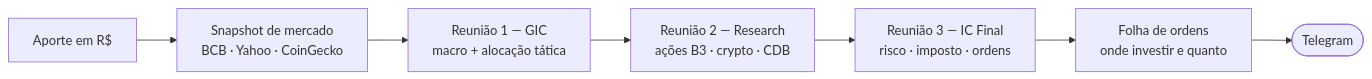
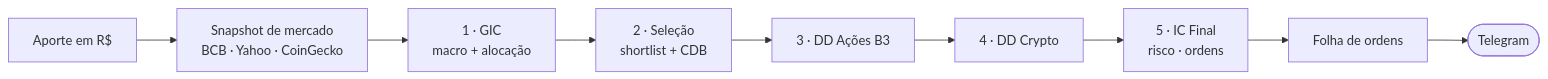
Before and after one commit to Appa019/assay: the diagram in README.md, drawn with Mermaid. The commit also changed other lines of this file and 10 other files, not shown here.

````diff
--- a/README.md
+++ b/README.md
@@ -45,9 +45,11 @@
 ```mermaid
 flowchart LR
     A["Aporte em R$"] --> B["Snapshot de mercado<br/>BCB · Yahoo · CoinGecko"]
-    B --> C["Reunião 1 — GIC<br/>macro + alocação tática"]
-    C --> D["Reunião 2 — Research<br/>ações B3 · crypto · CDB"]
-    D --> E["Reunião 3 — IC Final<br/>risco · imposto · ordens"]
-    E --> F["Folha de ordens<br/>onde investir e quanto"]
-    F --> G(["Telegram"])
+    B --> C["1 · GIC<br/>macro + alocação"]
+    C --> D["2 · Seleção<br/>shortlist + CDB"]
+    D --> E["3 · DD Ações B3"]
+    E --> F["4 · DD Crypto"]
+    F --> G["5 · IC Final<br/>risco · ordens"]
+    G --> H["Folha de ordens"]
+    H --> I(["Telegram"])
 ```
````
